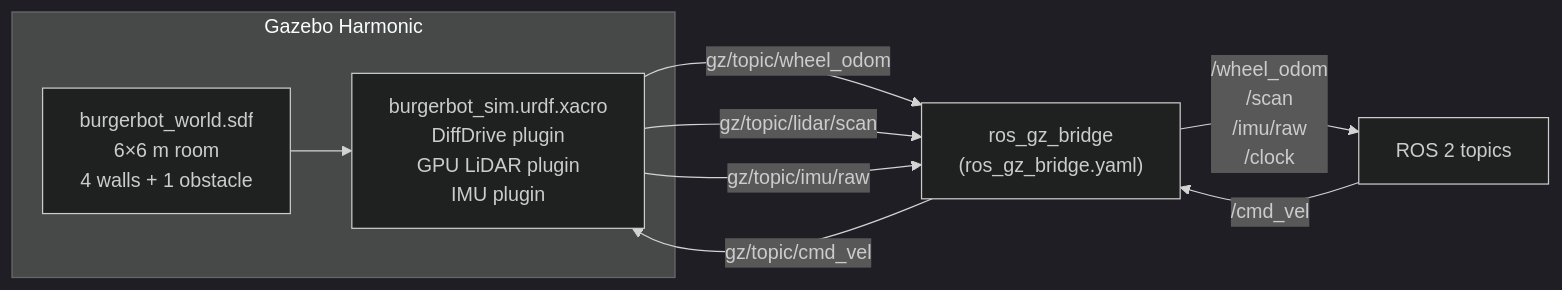
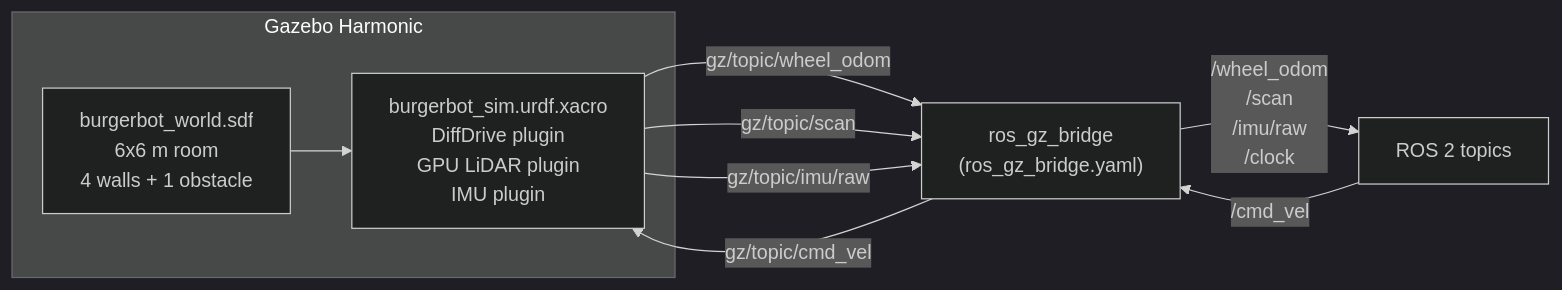
The sixth of 8 diagrams in ros2_ws/src/burgerbot/ARCHITECTURE.md (Aimene-D/burgerbot), drawn with Mermaid (dark theme) before and after one commit. The commit also changed other lines of this file and 1 other file, not shown here.

First line of the commit message:
docs: update README and ARCHITECTURE for Ubuntu, Docker fixes, and Jazzy compatibility

````diff
--- a/ros2_ws/src/burgerbot/ARCHITECTURE.md
+++ b/ros2_ws/src/burgerbot/ARCHITECTURE.md
@@ -163,18 +166,18 @@
 ```mermaid
 flowchart LR
     subgraph GZ["Gazebo Harmonic"]
-        WORLD["burgerbot_world.sdf\n6×6 m room\n4 walls + 1 obstacle"]
+        WORLD["burgerbot_world.sdf\n6x6 m room\n4 walls + 1 obstacle"]
         ROBOT["burgerbot_sim.urdf.xacro\nDiffDrive plugin\nGPU LiDAR plugin\nIMU plugin"]
     end
 
     WORLD --> ROBOT
 
     ROBOT -->|"gz/topic/wheel_odom"| BRIDGE
-    ROBOT -->|"gz/topic/lidar/scan"| BRIDGE
+    ROBOT -->|"gz/topic/scan"| BRIDGE
     ROBOT -->|"gz/topic/imu/raw"| BRIDGE
     BRIDGE -->|"/wheel_odom\n/scan\n/imu/raw\n/clock"| ROS["ROS 2 topics"]
     ROS -->|"/cmd_vel"| BRIDGE
     BRIDGE -->|"gz/topic/cmd_vel"| ROBOT
 
     BRIDGE["ros_gz_bridge\n(ros_gz_bridge.yaml)"]
 ```
````
